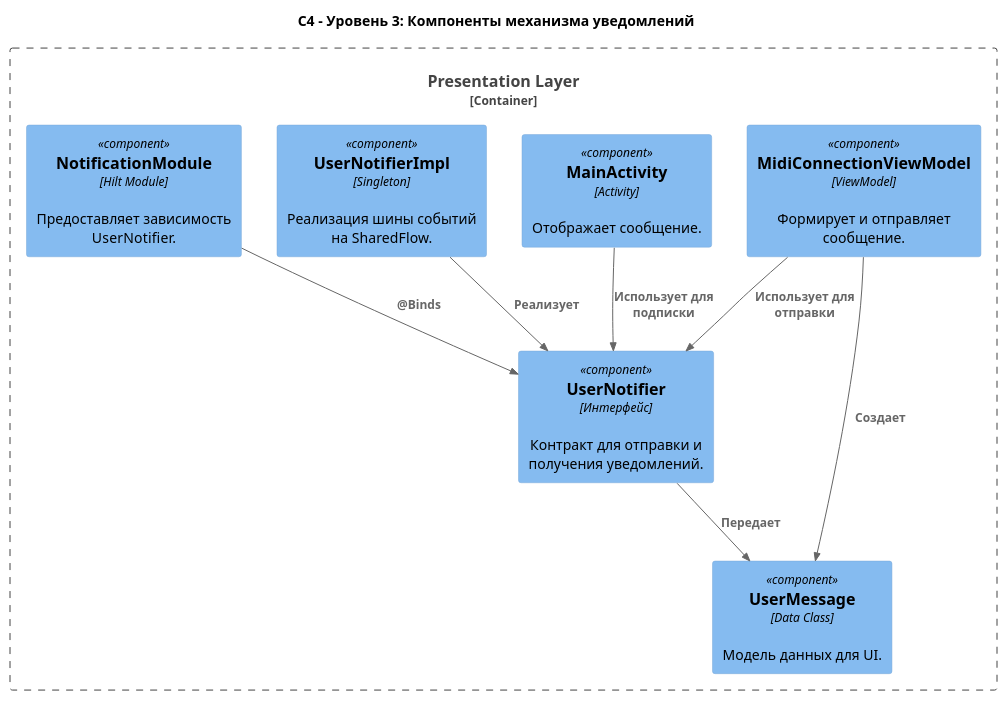
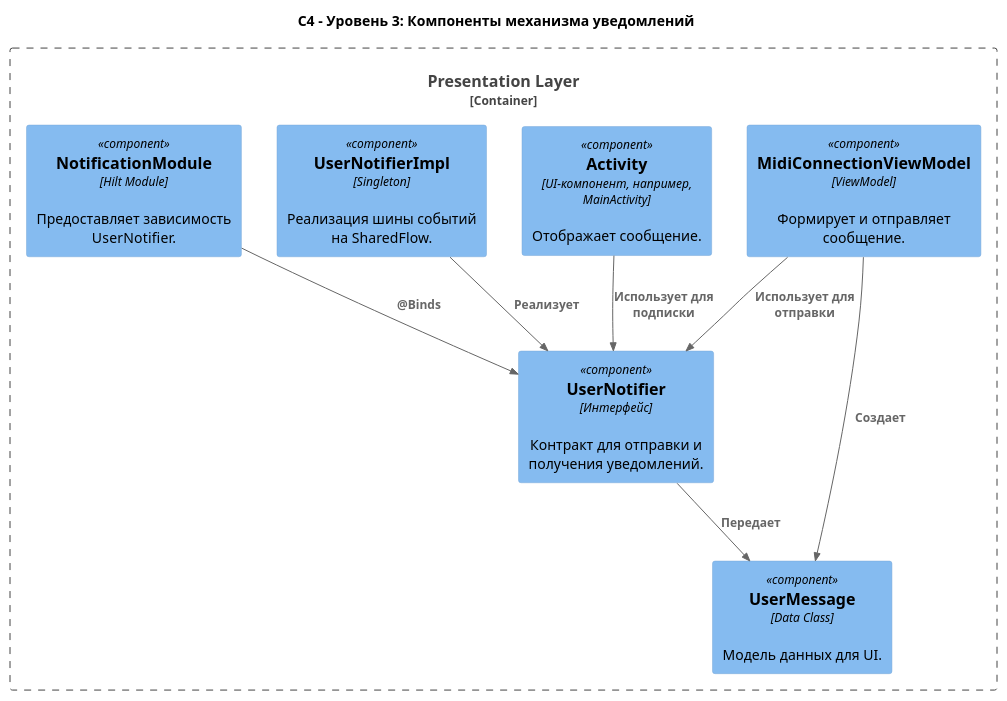
One commit to astrizhachuk/PianoFlow changed the first of 4 diagrams in docs/ts/MIDI_NOTIFICATION.md. Above: the diagram before and after it, drawn with PlantUML. The commit also changed other lines of this file and 1 other file, not shown here.

````diff
--- a/docs/ts/MIDI_NOTIFICATION.md
+++ b/docs/ts/MIDI_NOTIFICATION.md
@@ -27,26 +27,26 @@
 ```plantuml
 @startuml
 !include https://raw.githubusercontent.com/plantuml-stdlib/C4-PlantUML/master/C4_Component.puml
 
 title C4 - Уровень 3: Компоненты механизма уведомлений
 
 Container_Boundary(presentation, "Presentation Layer") {
     Component(vm, "MidiConnectionViewModel", "ViewModel", "Формирует и отправляет сообщение.")
-    Component(ui, "MainActivity", "Activity", "Отображает сообщение.")
+    Component(ui, "Activity", "UI-компонент, например, MainActivity", "Отображает сообщение.")
 
     Component(notifier, "UserNotifier", "Интерфейс", "Контракт для отправки и получения уведомлений.")
     Component(impl, "UserNotifierImpl", "Singleton", "Реализация шины событий на SharedFlow.")
     Component(message, "UserMessage", "Data Class", "Модель данных для UI.")
     Component(di, "NotificationModule", "Hilt Module", "Предоставляет зависимость UserNotifier.")
 
     Rel(impl, notifier, "Реализует")
     Rel(di, notifier, "@Binds")
 
     Rel(vm, notifier, "Использует для отправки")
     Rel(ui, notifier, "Использует для подписки")
     
     Rel(vm, message, "Создает")
     Rel(notifier, message, "Передает")
 }
 @enduml
 ```
````
